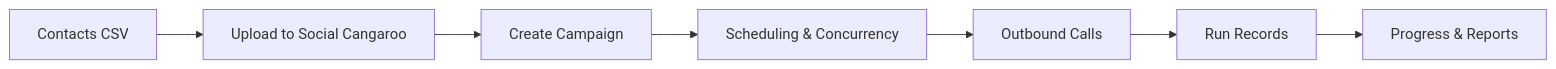
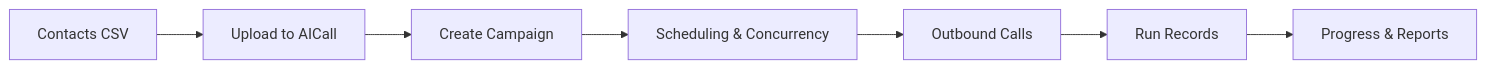
One commit to ShoaibAhmedSoomro/riltai-aicall changed the diagram in docs/core-concepts/campaigns.mdx. Above: the diagram before and after it, drawn with Mermaid. The commit also changed other lines of this file and 587 other files, not shown here.

First line of the commit message:
Rebrand to RiltAI / AICall, monochrome graphite palette

````diff
--- a/docs/core-concepts/campaigns.mdx
+++ b/docs/core-concepts/campaigns.mdx
@@ -11,9 +11,9 @@
 ```mermaid
 flowchart LR
-    CSV[Contacts CSV] --> Upload[Upload to Social Cangaroo]
+    CSV[Contacts CSV] --> Upload[Upload to AICall]
     Upload --> Campaign[Create Campaign]
     Campaign --> Schedule[Scheduling & Concurrency]
     Schedule --> Calls[Outbound Calls]
     Calls --> Runs[Run Records]
     Runs --> Results[Progress & Reports]
 ```
````
